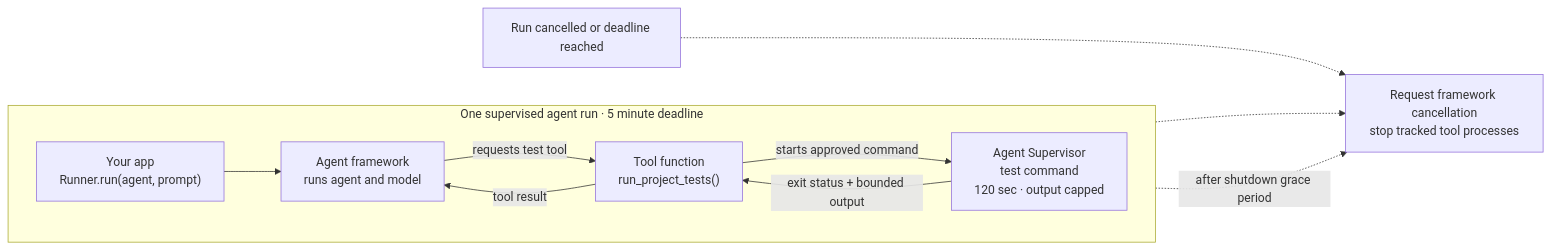
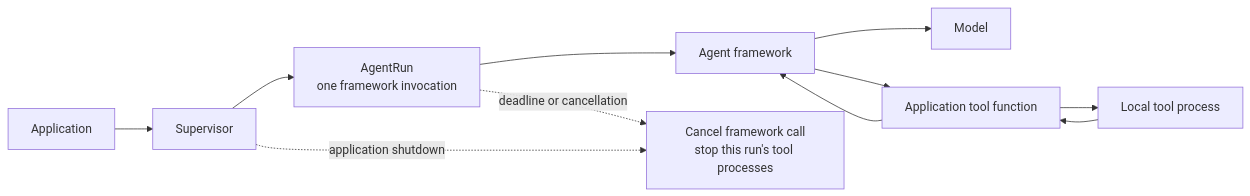
The first of 2 diagrams in docs/api-reference.md (RooAGI/agent-supervisor), drawn with Mermaid before and after one commit. The commit also changed other lines of this file and 45 other files, not shown here.

Commit message:
Add agent runs, background jobs, and event streams

````diff
--- a/docs/api-reference.md
+++ b/docs/api-reference.md
@@ -23,14 +114,12 @@
 ```mermaid
 flowchart LR
-    subgraph run["One supervised agent run · 5 minute deadline"]
-        direction LR
-        app["Your app<br/>Runner.run(agent, prompt)"] --> sdk["Agent framework<br/>runs agent and model"]
-        sdk -->|"requests test tool"| tool["Tool function<br/>run_project_tests()"]
-        tool -->|"starts approved command"| supervisor["Agent Supervisor<br/>test command<br/>120 sec · output capped"]
-        supervisor -->|"exit status + bounded output"| tool
-        tool -->|"tool result"| sdk
-    end
-    deadline["Run cancelled or deadline reached"] -.-> cleanup["Request framework cancellation<br/>stop tracked tool processes"]
-    sdk -.-> cleanup
-    supervisor -. "after shutdown grace period" .-> cleanup
+    app["Application"] --> supervisor["Supervisor"]
+    supervisor --> run["AgentRun<br/>one framework invocation"]
+    run --> framework["Agent framework"]
+    framework --> model["Model"]
+    framework --> tool["Application tool function"]
+    tool --> process["Local tool process"]
+    process --> tool --> framework
+    run -. "deadline or cancellation" .-> cleanup["Cancel framework call<br/>stop this run's tool processes"]
+    supervisor -. "application shutdown" .-> cleanup
 ```
````
